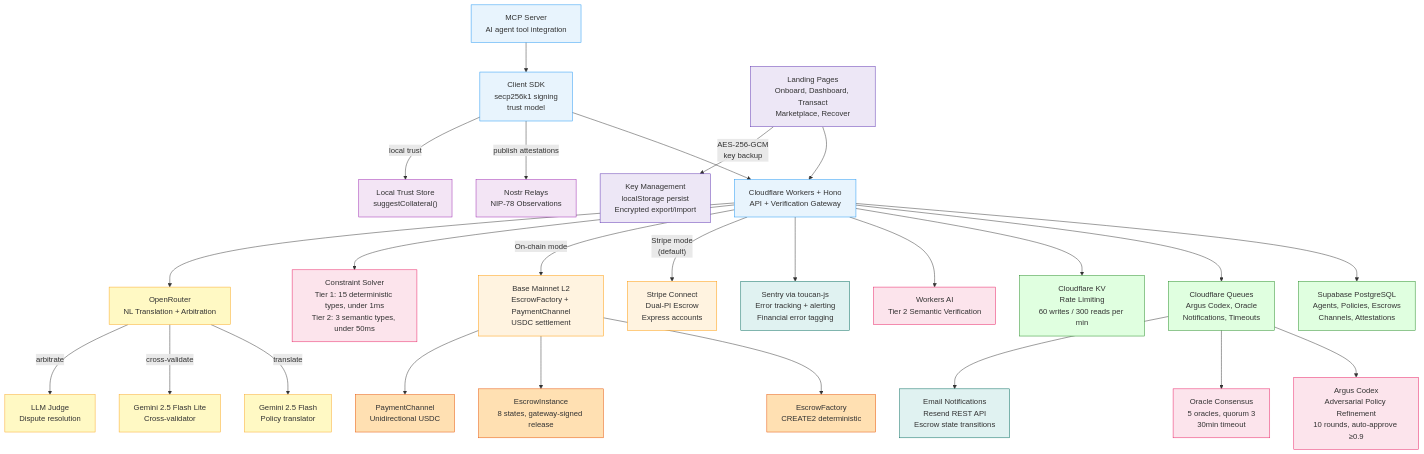
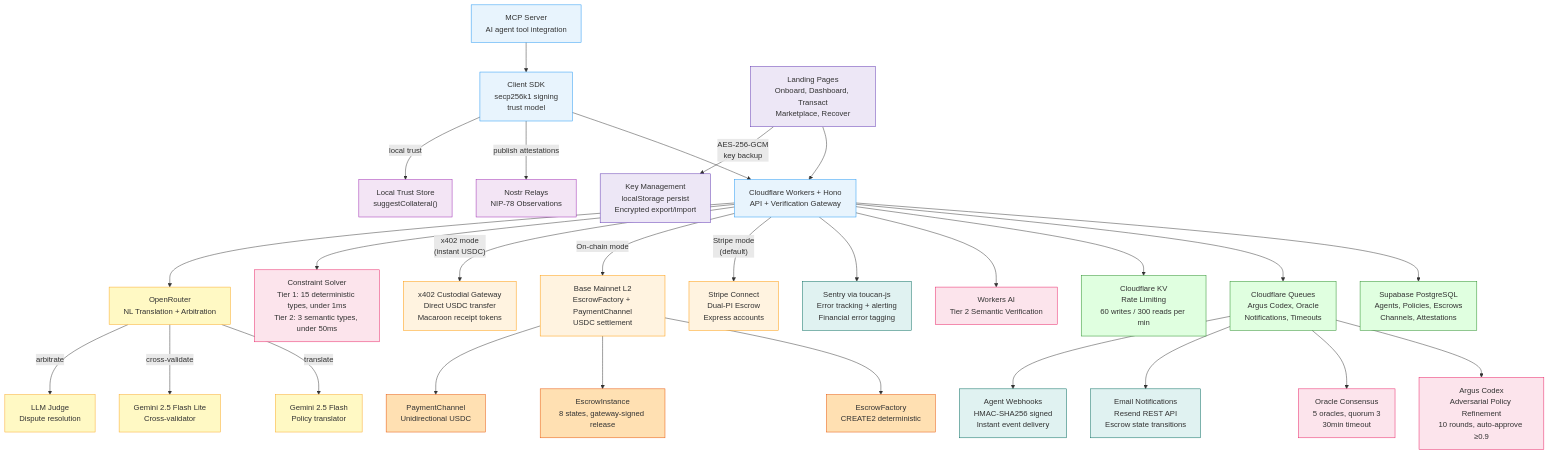
Before and after one commit to Schmoll86/trustthenverify: the diagram in docs/architecture.mmd, drawn with Mermaid. The commit also changed 53 other files, not shown here.

````diff
--- a/docs/architecture.mmd
+++ b/docs/architecture.mmd
@@ -1,56 +1,58 @@
 ```mermaid
 graph TD
     SDK["Client SDK<br/>secp256k1 signing<br/>trust model"] --> API["Cloudflare Workers + Hono<br/>API + Verification Gateway"]
     MCP["MCP Server<br/>AI agent tool integration"] --> SDK
     LANDING["Landing Pages<br/>Onboard, Dashboard, Transact<br/>Marketplace, Recover"] --> API
 
     API --> DB["Supabase PostgreSQL<br/>Agents, Policies, Escrows<br/>Channels, Attestations"]
     API --> QUEUE["Cloudflare Queues<br/>Argus Codex, Oracle<br/>Notifications, Timeouts"]
     API --> KV["Cloudflare KV<br/>Rate Limiting<br/>60 writes / 300 reads per min"]
     API --> WAI["Workers AI<br/>Tier 2 Semantic Verification"]
     API --> SENTRY["Sentry via toucan-js<br/>Error tracking + alerting<br/>Financial error tagging"]
 
     API --> |"Stripe mode<br/>(default)"| STRIPE["Stripe Connect<br/>Dual-PI Escrow<br/>Express accounts"]
     API --> |"On-chain mode"| BASE["Base Mainnet L2<br/>EscrowFactory + PaymentChannel<br/>USDC settlement"]
+    API --> |"x402 mode<br/>(instant USDC)"| X402["x402 Custodial Gateway<br/>Direct USDC transfer<br/>Macaroon receipt tokens"]
 
     API --> VERIFY["Constraint Solver<br/>Tier 1: 15 deterministic types, under 1ms<br/>Tier 2: 3 semantic types, under 50ms"]
 
     API --> OPENROUTER["OpenRouter<br/>NL Translation + Arbitration"]
 
     OPENROUTER --> |"translate"| GEMINI_FLASH["Gemini 2.5 Flash<br/>Policy translator"]
     OPENROUTER --> |"cross-validate"| GEMINI_LITE["Gemini 2.5 Flash Lite<br/>Cross-validator"]
     OPENROUTER --> |"arbitrate"| LLM_JUDGE["LLM Judge<br/>Dispute resolution"]
 
     QUEUE --> ARGUS["Argus Codex<br/>Adversarial Policy Refinement<br/>10 rounds, auto-approve ≥0.9"]
     QUEUE --> ORACLE["Oracle Consensus<br/>5 oracles, quorum 3<br/>30min timeout"]
     QUEUE --> EMAIL["Email Notifications<br/>Resend REST API<br/>Escrow state transitions"]
+    QUEUE --> WEBHOOK["Agent Webhooks<br/>HMAC-SHA256 signed<br/>Instant event delivery"]
 
     SDK --> |"publish attestations"| NOSTR["Nostr Relays<br/>NIP-78 Observations"]
     SDK --> |"local trust"| LOCAL["Local Trust Store<br/>suggestCollateral()"]
 
     BASE --> FACTORY["EscrowFactory<br/>CREATE2 deterministic"]
     BASE --> ESCROW_INST["EscrowInstance<br/>8 states, gateway-signed release"]
     BASE --> CHANNEL["PaymentChannel<br/>Unidirectional USDC"]
 
     LANDING --> |"AES-256-GCM<br/>key backup"| KEYMGMT["Key Management<br/>localStorage persist<br/>Encrypted export/import"]
 
     classDef core fill:#e8f4fd,stroke:#2196F3;
     classDef storage fill:#e0ffe0,stroke:#228B22;
     classDef settlement fill:#fff3e0,stroke:#FF9800;
     classDef verification fill:#fce4ec,stroke:#E91E63;
     classDef p2p fill:#f3e5f5,stroke:#9C27B0;
     classDef llm fill:#fff9c4,stroke:#F9A825;
     classDef contracts fill:#ffe0b2,stroke:#E65100;
     classDef ops fill:#e0f2f1,stroke:#00695C;
     classDef frontend fill:#ede7f6,stroke:#5E35B1;
 
     class API,SDK,MCP core
     class DB,QUEUE,KV storage
-    class STRIPE,BASE settlement
+    class STRIPE,BASE,X402 settlement
     class VERIFY,WAI,ARGUS,ORACLE verification
     class NOSTR,LOCAL p2p
     class OPENROUTER,GEMINI_FLASH,GEMINI_LITE,LLM_JUDGE llm
     class FACTORY,ESCROW_INST,CHANNEL contracts
-    class SENTRY,EMAIL ops
+    class SENTRY,EMAIL,WEBHOOK ops
     class LANDING,KEYMGMT frontend
 ```
````
